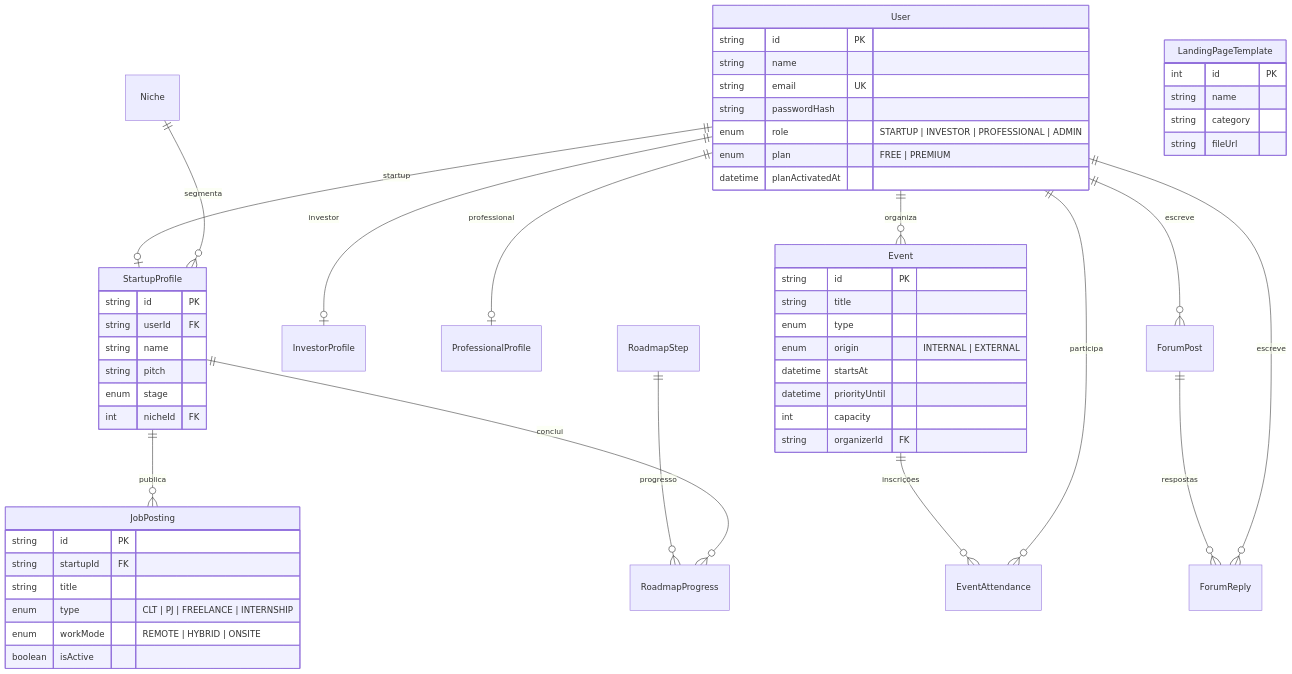
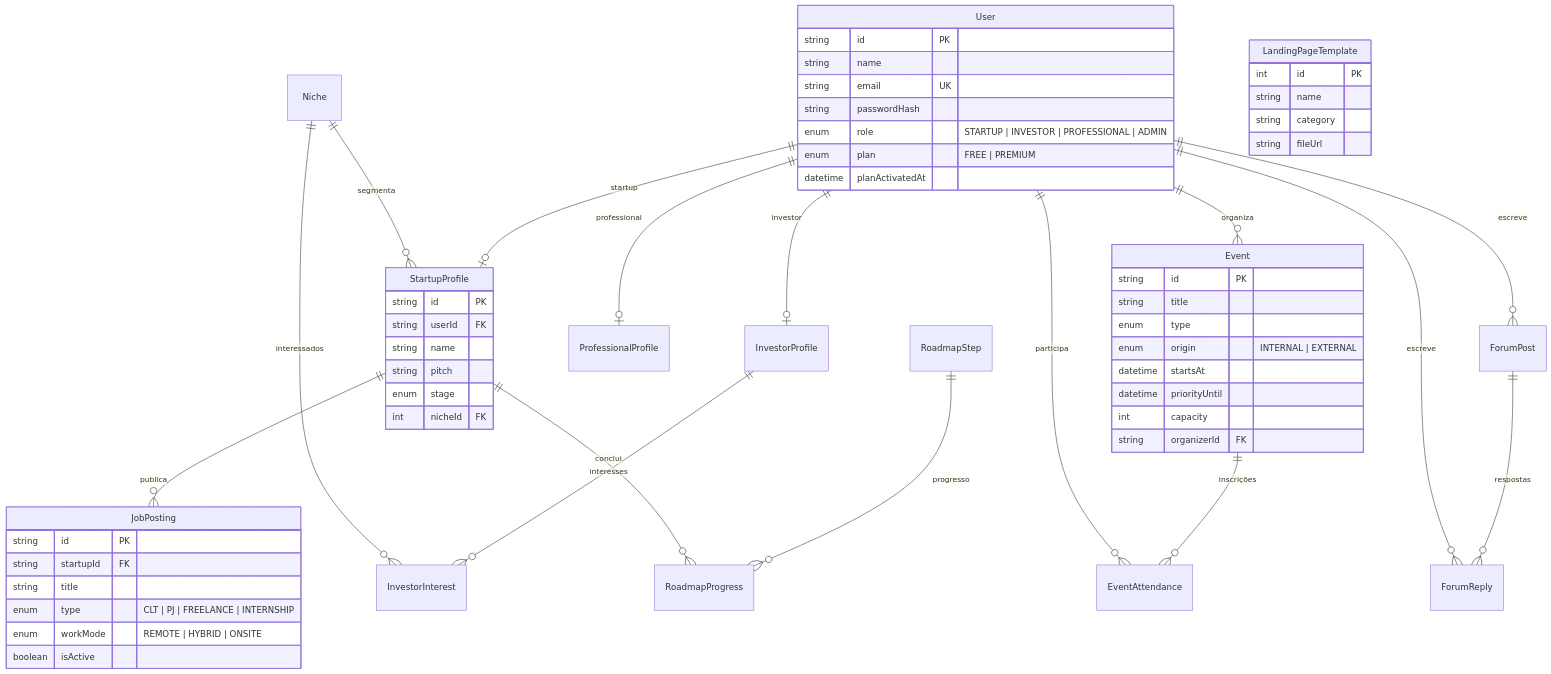
One commit to Heloyse19/Synergy changed the diagram in docs/banco-de-dados.md. Above: the diagram before and after it, drawn with Mermaid. The commit also changed other lines of this file and 22 other files, not shown here.

````diff
--- a/docs/banco-de-dados.md
+++ b/docs/banco-de-dados.md
@@ -9,58 +9,60 @@
 ```mermaid
 erDiagram
   User ||--o| StartupProfile : "startup"
   User ||--o| InvestorProfile : "investor"
+  InvestorProfile ||--o{ InvestorInterest : "interesses"
+  Niche ||--o{ InvestorInterest : "interessados"
   User ||--o| ProfessionalProfile : "professional"
   Niche ||--o{ StartupProfile : "segmenta"
   User ||--o{ Event : "organiza"
   Event ||--o{ EventAttendance : "inscrições"
   User ||--o{ EventAttendance : "participa"
   StartupProfile ||--o{ JobPosting : "publica"
   User ||--o{ ForumPost : "escreve"
   ForumPost ||--o{ ForumReply : "respostas"
   User ||--o{ ForumReply : "escreve"
   RoadmapStep ||--o{ RoadmapProgress : "progresso"
   StartupProfile ||--o{ RoadmapProgress : "conclui"
 
   User {
     string id PK
     string name
     string email UK
     string passwordHash
     enum role "STARTUP | INVESTOR | PROFESSIONAL | ADMIN"
     enum plan "FREE | PREMIUM"
     datetime planActivatedAt
   }
   StartupProfile {
     string id PK
     string userId FK
     string name
     string pitch
     enum stage
     int nicheId FK
   }
   Event {
     string id PK
     string title
     enum type
     enum origin "INTERNAL | EXTERNAL"
     datetime startsAt
     datetime priorityUntil
     int capacity
     string organizerId FK
   }
   JobPosting {
     string id PK
     string startupId FK
     string title
     enum type "CLT | PJ | FREELANCE | INTERNSHIP"
     enum workMode "REMOTE | HYBRID | ONSITE"
     boolean isActive
   }
   LandingPageTemplate {
     int id PK
     string name
     string category
     string fileUrl
   }
 ```
````
